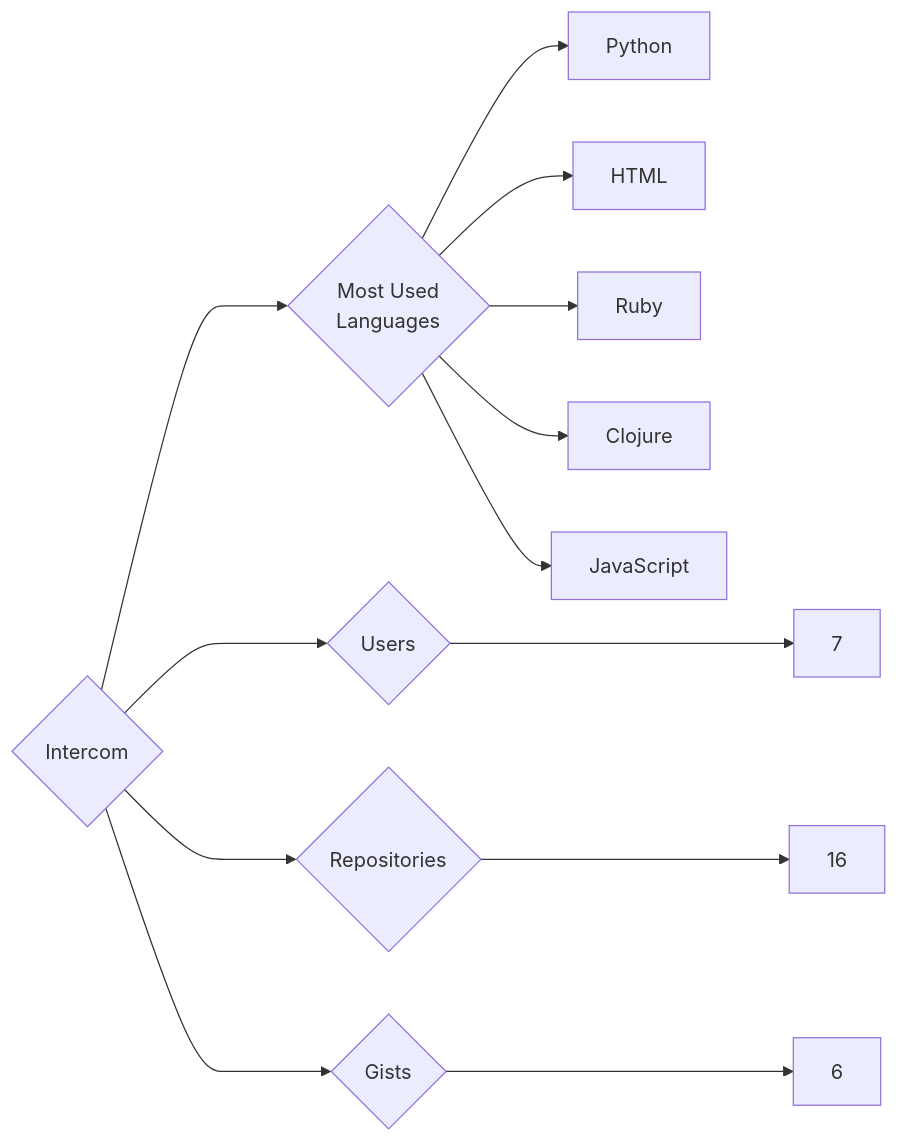
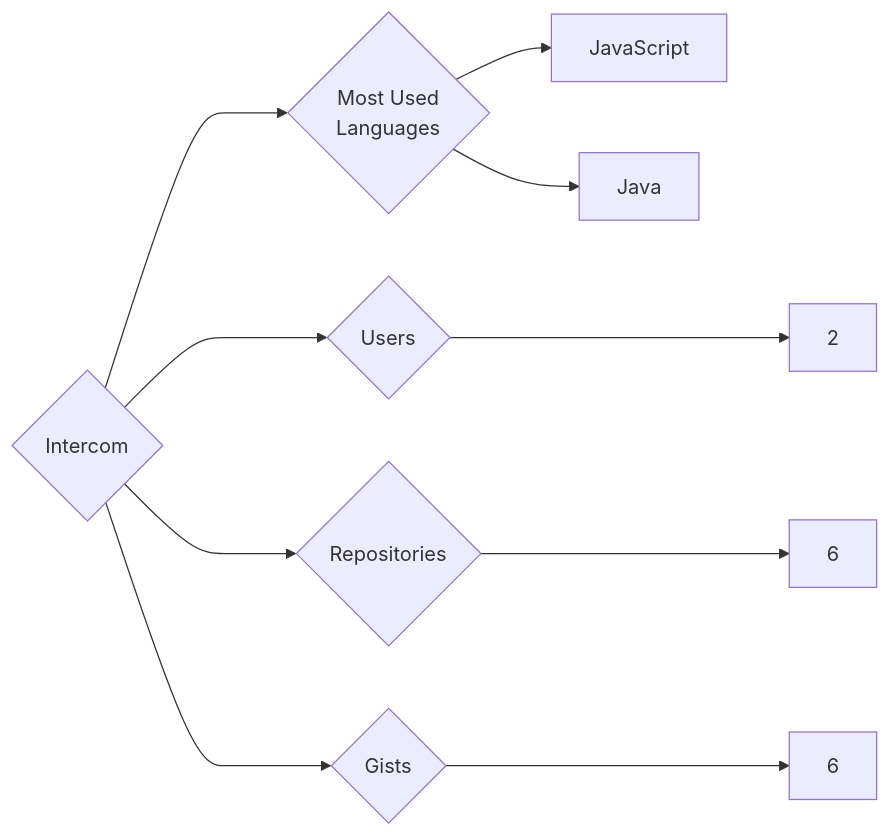
The diagram in targets/Intercom/README.md (trickest/insiders), drawn with Mermaid before and after one commit. The commit also changed 933 other files, not shown here.

````diff
--- a/targets/Intercom/README.md
+++ b/targets/Intercom/README.md
@@ -3,13 +3,10 @@
 ```mermaid
 graph LR
 COMPANY_NAME{Intercom}
-COMPANY_NAME ---> U{Users} ---> UN[7]
-COMPANY_NAME ---> R{Repositories} ---> RN[16]
+COMPANY_NAME ---> U{Users} ---> UN[2]
+COMPANY_NAME ---> R{Repositories} ---> RN[6]
 COMPANY_NAME ---> G{Gists} ---> GN[6]
 COMPANY_NAME ---> ML{Most Used<br>Languages}
-ML --> Python[Python]
-ML --> HTML[HTML]
-ML --> Ruby[Ruby]
-ML --> Clojure[Clojure]
 ML --> JavaScript[JavaScript]
+ML --> Java[Java]
 ```
````
